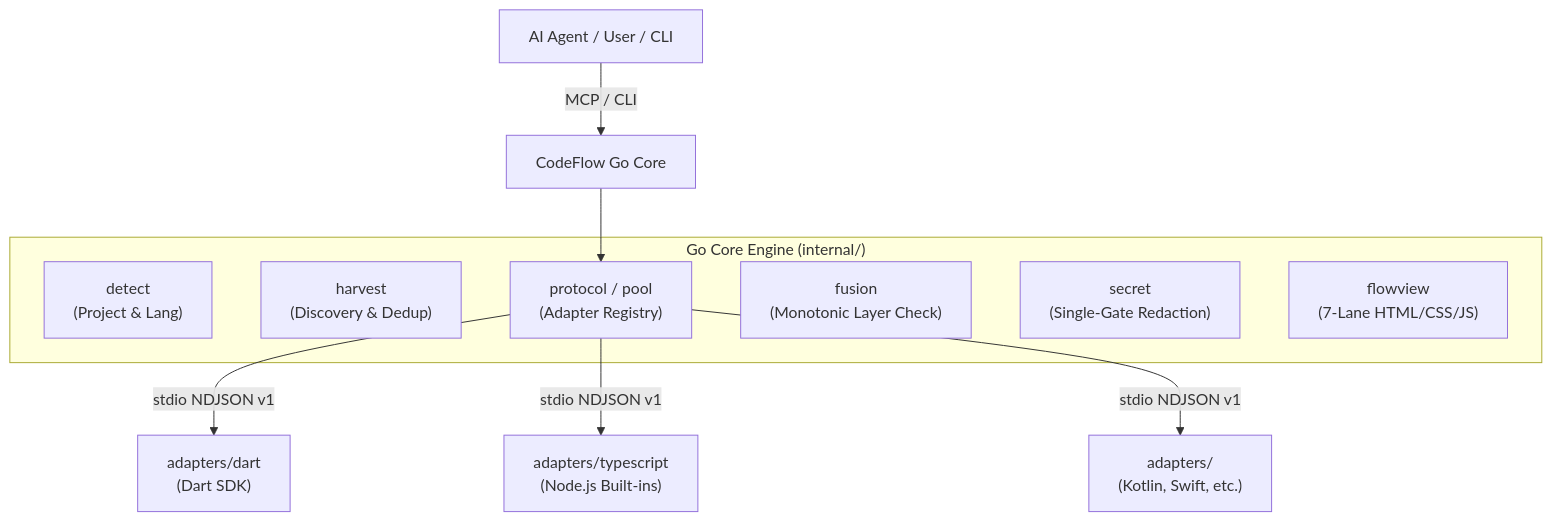
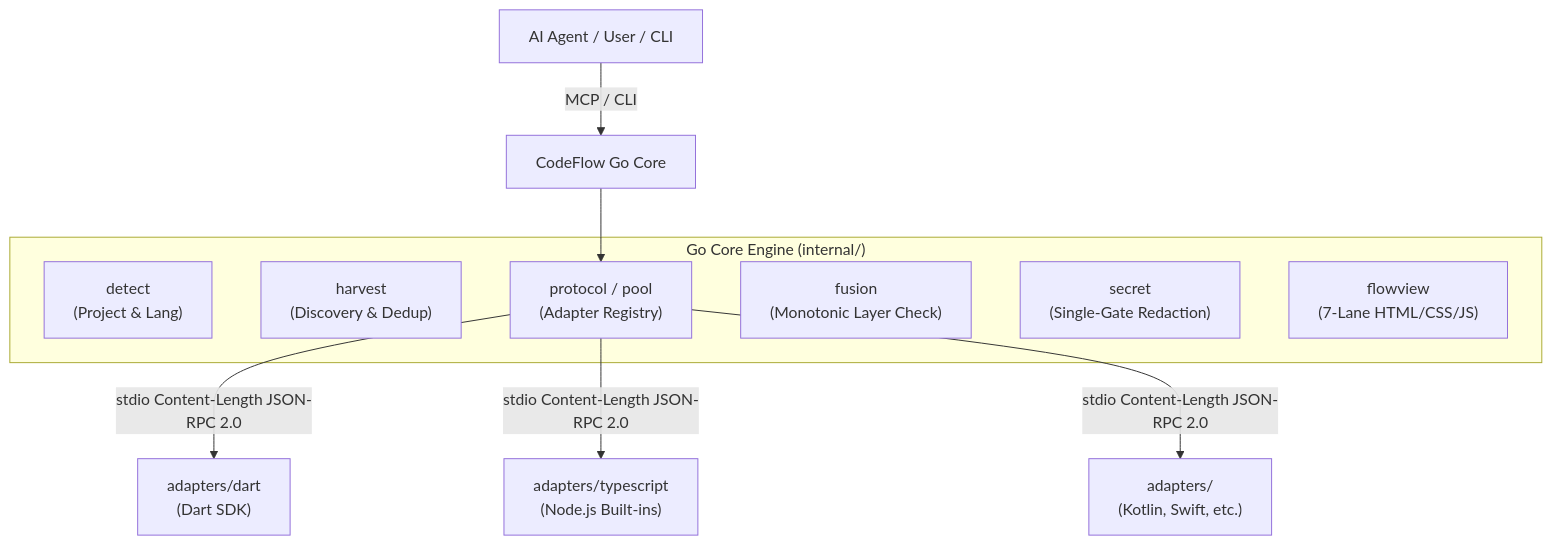
The diagram in docs/ARCHITECTURE.md (cutehackers/codeflow), drawn with Mermaid before and after one commit. The commit also changed other lines of this file and 33 other files, not shown here.

Commit message:
feat(semantic): REQUESTED-FLOW-LIVE-SEMANTIC-COMPILER-VS-01 slice completed

````diff
--- a/docs/ARCHITECTURE.md
+++ b/docs/ARCHITECTURE.md
@@ -9,18 +9,18 @@
 ```mermaid
 graph TD
     Client["AI Agent / User / CLI"] -->|MCP / CLI| Core["CodeFlow Go Core"]
     
     subgraph Go Core ["Go Core Engine (internal/)"]
         Detect["detect<br/>(Project & Lang)"]
         Harvest["harvest<br/>(Discovery & Dedup)"]
         Pool["protocol / pool<br/>(Adapter Registry)"]
         Fusion["fusion<br/>(Monotonic Layer Check)"]
         Secret["secret<br/>(Single-Gate Redaction)"]
         FlowView["flowview<br/>(7-Lane HTML/CSS/JS)"]
     end
     
     Core --> Pool
-    Pool -->|stdio NDJSON v1| DartAdapter["adapters/dart<br/>(Dart SDK)"]
-    Pool -->|stdio NDJSON v1| TSAdapter["adapters/typescript<br/>(Node.js Built-ins)"]
-    Pool -->|stdio NDJSON v1| FutureAdapters["adapters/<lang><br/>(Kotlin, Swift, etc.)"]
+    Pool -->|stdio Content-Length JSON-RPC 2.0| DartAdapter["adapters/dart<br/>(Dart SDK)"]
+    Pool -->|stdio Content-Length JSON-RPC 2.0| TSAdapter["adapters/typescript<br/>(Node.js Built-ins)"]
+    Pool -->|stdio Content-Length JSON-RPC 2.0| FutureAdapters["adapters/<lang><br/>(Kotlin, Swift, etc.)"]
 ```
````
